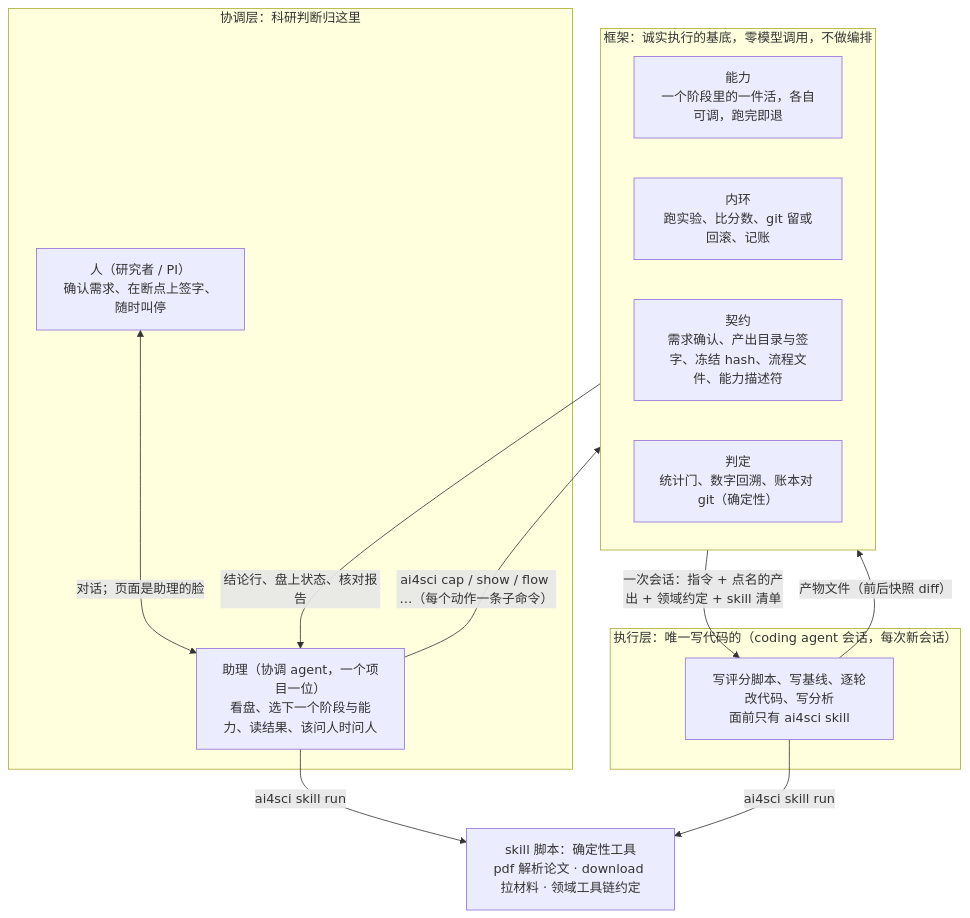
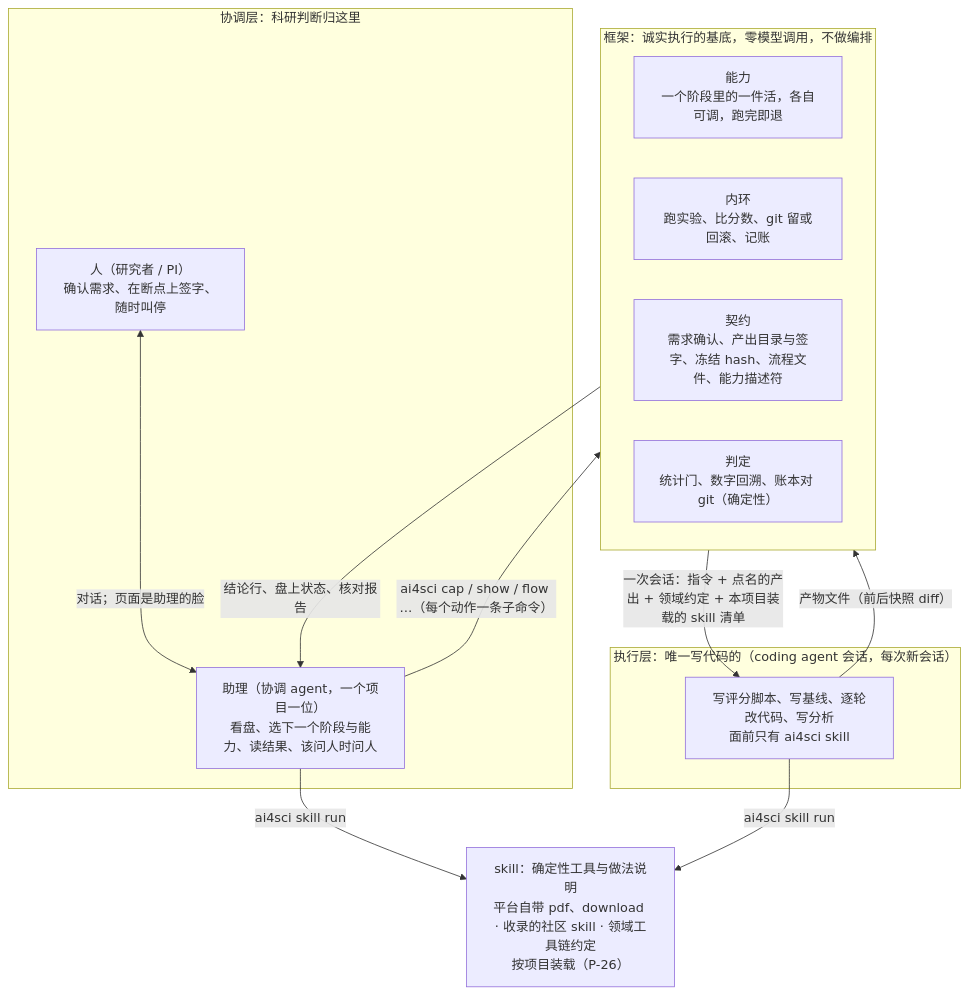
Before and after one commit to zephyr4123/TJU-AI4Science: the first of 3 diagrams in docs/architecture/README.md, drawn with Mermaid. The commit also changed other lines of this file and 3 other files, not shown here.

Commit message:
纲领：P-26 能力按项目装载、P-27 一个 key 都不要；P-15 加流程命名（机器名平台起、派生记 from、差异现算、结构查重），P-11 去掉领域 skill 只进执行层，P-22 改三处库（收录的社区 skill 按阶段分拣）、不合格隔离；workflow.md 同步（#195 #196）

````diff
--- a/docs/architecture/README.md
+++ b/docs/architecture/README.md
@@ -13,24 +13,24 @@
 ```mermaid
 flowchart TB
   subgraph COORD["协调层：科研判断归这里"]
     H["人（研究者 / PI）<br/>确认需求、在断点上签字、随时叫停"]
     A["助理（协调 agent，一个项目一位）<br/>看盘、选下一个阶段与能力、读结果、该问人时问人"]
   end
   subgraph FW["框架：诚实执行的基底，零模型调用，不做编排"]
     ABL["能力<br/>一个阶段里的一件活，各自可调，跑完即退"]
     LOOP["内环<br/>跑实验、比分数、git 留或回滚、记账"]
     CON["契约<br/>需求确认、产出目录与签字、冻结 hash、流程文件、能力描述符"]
     JUD["判定<br/>统计门、数字回溯、账本对 git（确定性）"]
   end
   subgraph EXE["执行层：唯一写代码的（coding agent 会话，每次新会话）"]
     E["写评分脚本、写基线、逐轮改代码、写分析<br/>面前只有 ai4sci skill"]
   end
-  SK["skill 脚本：确定性工具<br/>pdf 解析论文 · download 拉材料 · 领域工具链约定"]
+  SK["skill：确定性工具与做法说明<br/>平台自带 pdf、download · 收录的社区 skill · 领域工具链约定<br/>按项目装载（P-26）"]
   H <-- "对话；页面是助理的脸" --> A
   A -- "ai4sci cap / show / flow …（每个动作一条子命令）" --> FW
   FW -- "结论行、盘上状态、核对报告" --> A
-  FW -- "一次会话：指令 + 点名的产出 + 领域约定 + skill 清单" --> E
+  FW -- "一次会话：指令 + 点名的产出 + 领域约定 + 本项目装载的 skill 清单" --> E
   E -- "产物文件（前后快照 diff）" --> FW
   A -- "ai4sci skill run" --> SK
   E -- "ai4sci skill run" --> SK
 ```
````
